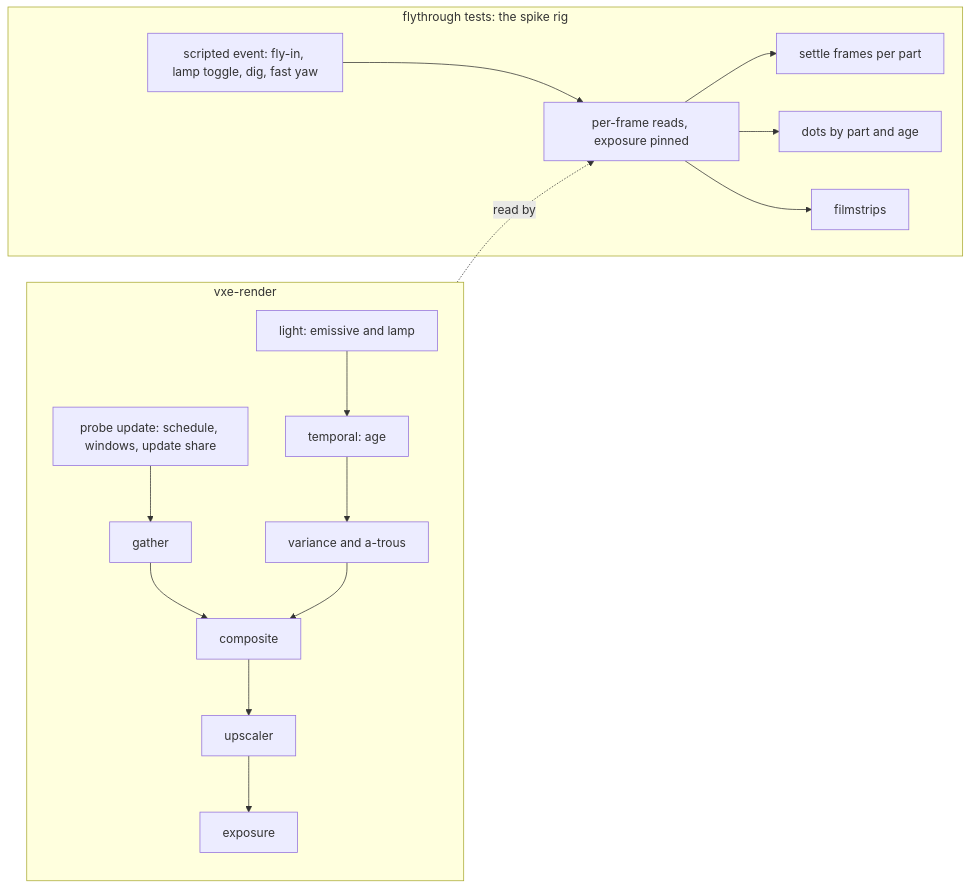
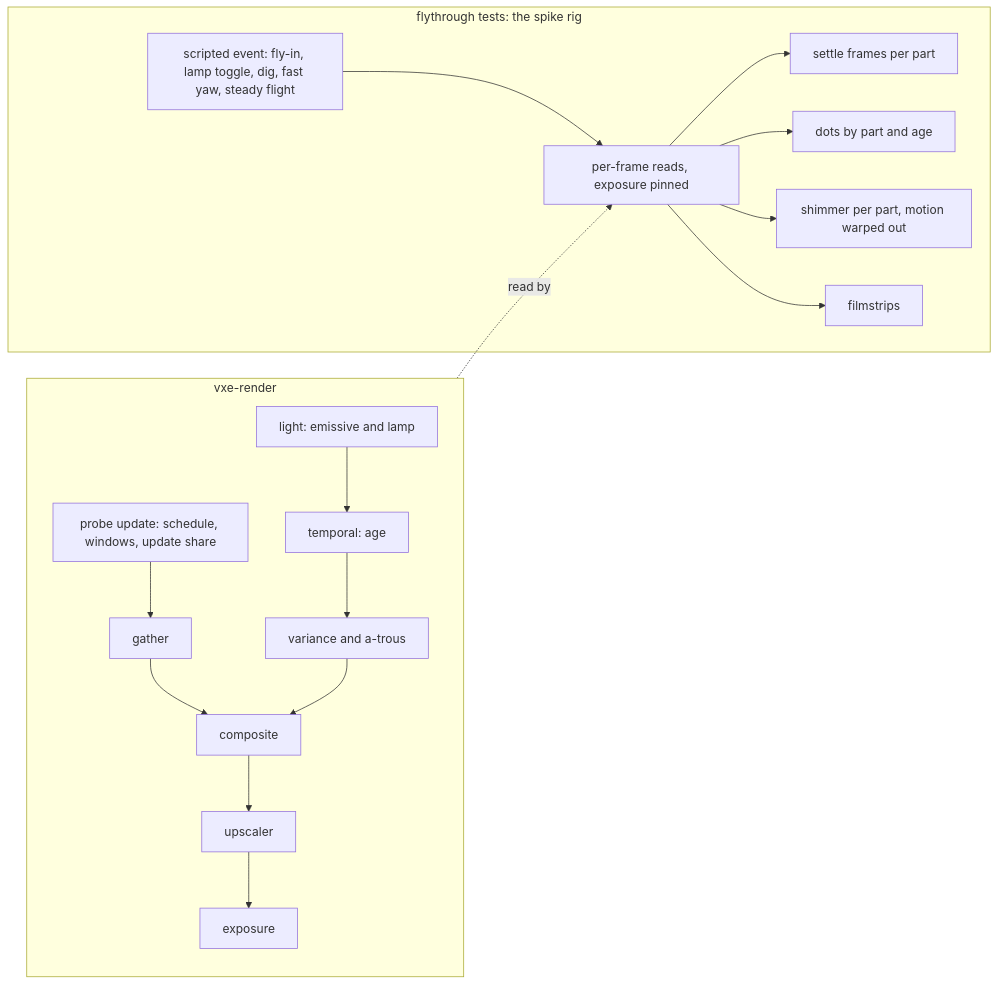
The diagram in docs/plans/0049-light-settles-fast-and-young-pixels-hold-no-dots.md (IgorKonovalov/voxel-engine), drawn with Mermaid before and after one commit. The commit also changed other lines of this file and 2 other files, not shown here.

First line of the commit message:
docs(plans): plan 0049 first and alone, motion shimmer in its spike (owner)

````diff
--- a/docs/plans/0049-light-settles-fast-and-young-pixels-hold-no-dots.md
+++ b/docs/plans/0049-light-settles-fast-and-young-pixels-hold-no-dots.md
@@ -145,16 +180,17 @@
 ```mermaid
 flowchart LR
     subgraph rig[flythrough tests: the spike rig]
-        EV[scripted event: fly-in, lamp toggle, dig, fast yaw] --> RD[per-frame reads, exposure pinned]
+        EV[scripted event: fly-in, lamp toggle, dig, fast yaw, steady flight] --> RD[per-frame reads, exposure pinned]
         RD --> ST[settle frames per part]
         RD --> DT[dots by part and age]
+        RD --> SH[shimmer per part, motion warped out]
         RD --> FS[filmstrips]
     end
     subgraph vxe-render
         PU[probe update: schedule, windows, update share] --> PG[gather]
         LI[light: emissive and lamp] --> TP[temporal: age] --> AT[variance and a-trous]
         PG --> CO[composite]
         AT --> CO --> UP[upscaler] --> EX[exposure]
     end
     vxe-render -. read by .-> RD
 ```
````
